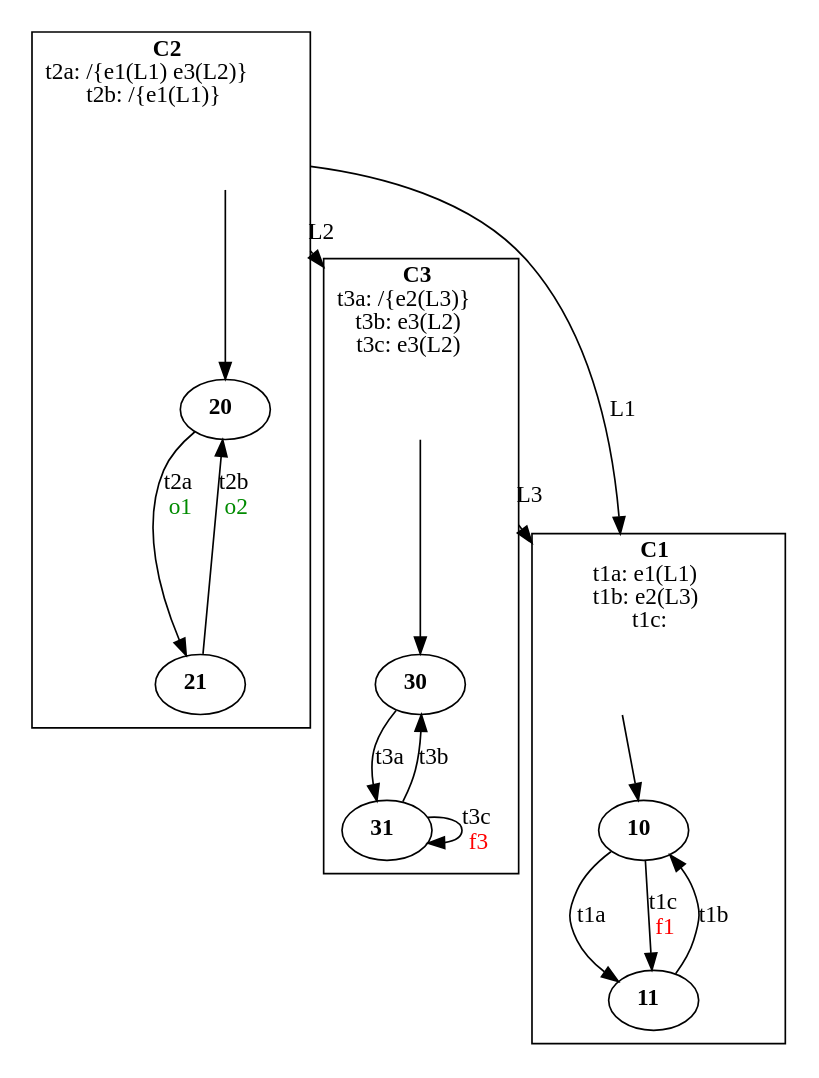
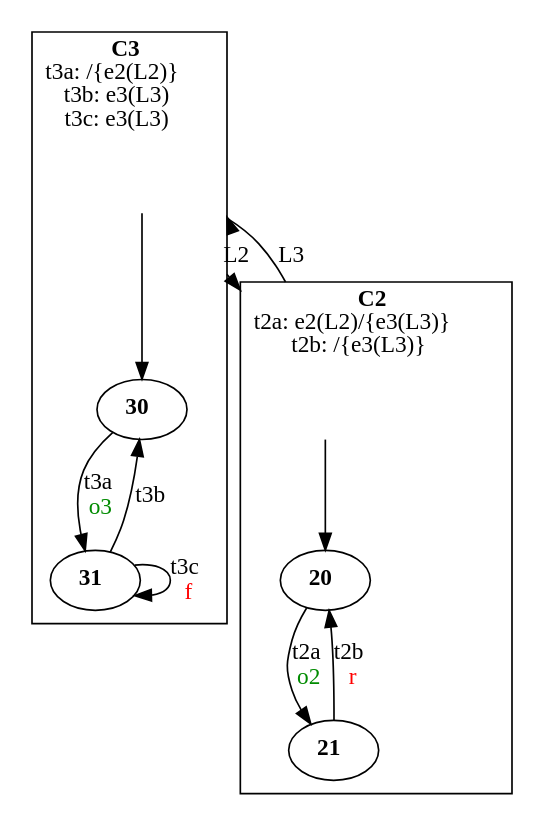
The diagram in outputs/001_rete.gv (frashpikass/diagnosiRegex), drawn with Graphviz before and after one commit. The commit also changed 87 other files, not shown here.

```diff
--- a/outputs/001_rete.gv
+++ b/outputs/001_rete.gv
@@ -1,64 +1,44 @@
 digraph ReteFA {
     graph [compound=true]
     node [shape=record]
     // LINKS
-    cC2_start -> cC1_start [label="L1" ltail=cluster_C2 lhead=cluster_C1]
-	cC2_start -> cC3_start [label="L2" ltail=cluster_C2 lhead=cluster_C3]
-	cC3_start -> cC1_start [label="L3" ltail=cluster_C3 lhead=cluster_C1]
+    cC3_start -> cC2_start [label="L2" ltail=cluster_C3 lhead=cluster_C2]
+	cC2_start -> cC3_start [label="L3" ltail=cluster_C2 lhead=cluster_C3]
 
     // COMPORTAMENTI
-    subgraph cluster_C1 {
-        node [shape=ellipse]
-        label = <<b>C1</b>
-		<br/>t1a: e1(L1)
-		<br/>t1b: e2(L3)
-		<br/>t1c: >
-        
-        // Transizioni
-        cC1_start -> cC1_10
-		cC1_10 -> cC1_11 [label=<t1a>]
-		cC1_10 -> cC1_11 [label=<t1c<br/><font color="red">f1</font>>]
-		cC1_11 -> cC1_10 [label=<t1b>]
-
-        // Stati
-        cC1_start [style=invis]
-		cC1_10 [label=<<b>10</b>>]
-		cC1_11 [label=<<b>11</b>>]
-    }
-
-	subgraph cluster_C2 {
+    subgraph cluster_C2 {
         node [shape=ellipse]
         label = <<b>C2</b>
-		<br/>t2a: /{e1(L1) e3(L2)}
-		<br/>t2b: /{e1(L1)}>
+		<br/>t2a: e2(L2)/{e3(L3)}
+		<br/>t2b: /{e3(L3)}>
         
         // Transizioni
         cC2_start -> cC2_20
-		cC2_20 -> cC2_21 [label=<t2a<br/><font color="green4">o1</font>>]
-		cC2_21 -> cC2_20 [label=<t2b<br/><font color="green4">o2</font>>]
+		cC2_20 -> cC2_21 [label=<t2a<br/><font color="green4">o2</font>>]
+		cC2_21 -> cC2_20 [label=<t2b<br/><font color="red">r</font>>]
 
         // Stati
         cC2_start [style=invis]
 		cC2_20 [label=<<b>20</b>>]
 		cC2_21 [label=<<b>21</b>>]
     }
 
 	subgraph cluster_C3 {
         node [shape=ellipse]
         label = <<b>C3</b>
-		<br/>t3a: /{e2(L3)}
-		<br/>t3b: e3(L2)
-		<br/>t3c: e3(L2)>
+		<br/>t3a: /{e2(L2)}
+		<br/>t3b: e3(L3)
+		<br/>t3c: e3(L3)>
         
         // Transizioni
         cC3_start -> cC3_30
-		cC3_30 -> cC3_31 [label=<t3a>]
+		cC3_30 -> cC3_31 [label=<t3a<br/><font color="green4">o3</font>>]
 		cC3_31 -> cC3_30 [label=<t3b>]
-		cC3_31 -> cC3_31 [label=<t3c<br/><font color="red">f3</font>>]
+		cC3_31 -> cC3_31 [label=<t3c<br/><font color="red">f</font>>]
 
         // Stati
         cC3_start [style=invis]
 		cC3_30 [label=<<b>30</b>>]
 		cC3_31 [label=<<b>31</b>>]
     }
 }
```
